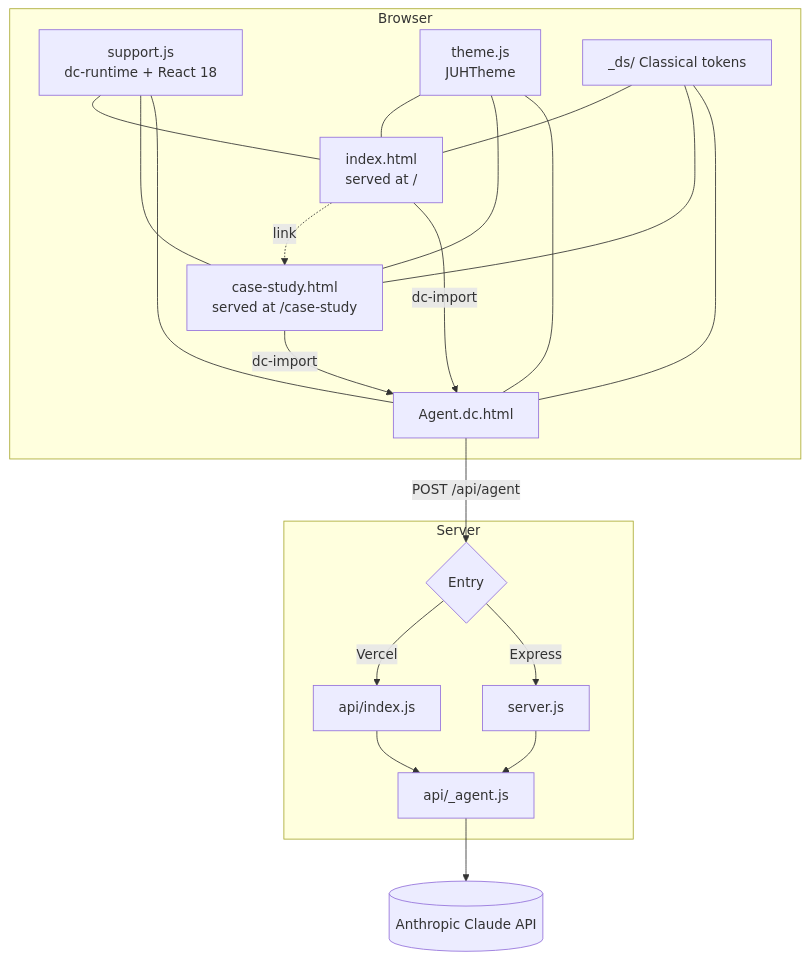
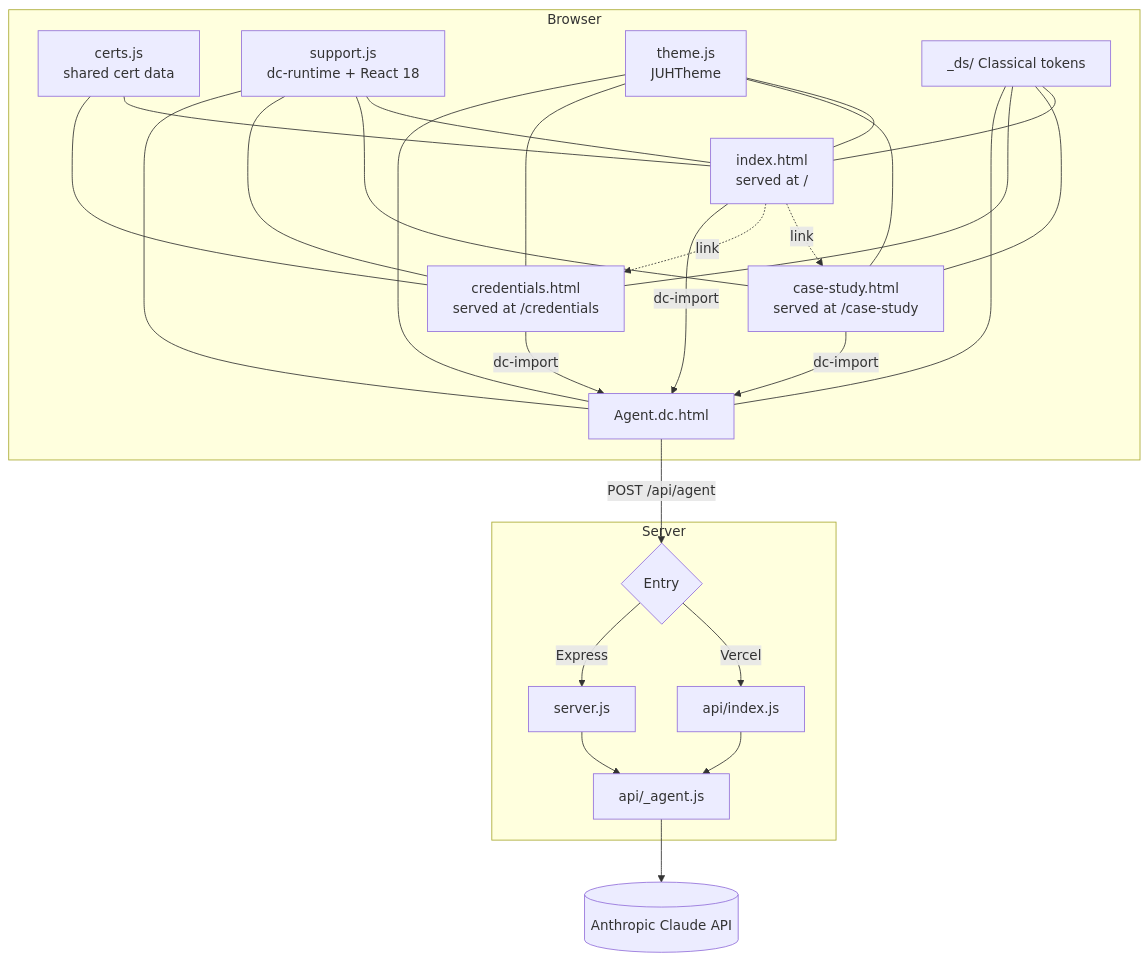
One commit to JawadulHadi/juh_Bukhari_Portfolio changed the first of 2 diagrams in docs/wiki/Architecture.md. Above: the diagram before and after it, drawn with Mermaid. The commit also changed other lines of this file and 15 other files, not shown here.

````diff
--- a/docs/wiki/Architecture.md
+++ b/docs/wiki/Architecture.md
@@ -5,21 +5,24 @@
 ```mermaid
 flowchart TB
     subgraph Browser
         P[index.html<br/>served at /]
         P -.->|link| CS[case-study.html<br/>served at /case-study]
+        P -.->|link| CR[credentials.html<br/>served at /credentials]
+        CE[certs.js<br/>shared cert data] --- P & CR
         P -->|dc-import| AG[Agent.dc.html]
         CS -->|dc-import| AG
-        RT[support.js<br/>dc-runtime + React 18] --- P & CS & AG
-        TH[theme.js<br/>JUHTheme] --- P & CS & AG
-        DS[_ds/ Classical tokens] --- P & CS & AG
+        CR -->|dc-import| AG
+        RT[support.js<br/>dc-runtime + React 18] --- P & CS & CR & AG
+        TH[theme.js<br/>JUHTheme] --- P & CS & CR & AG
+        DS[_ds/ Classical tokens] --- P & CS & CR & AG
     end
     AG -- POST /api/agent --> EP
     subgraph Server
         EP{Entry}
         EP -->|Vercel| VI[api/index.js]
         EP -->|Express| SJ[server.js]
         VI --> AH[api/_agent.js]
         SJ --> AH
     end
     AH --> CL[(Anthropic Claude API)]
 ```
````
